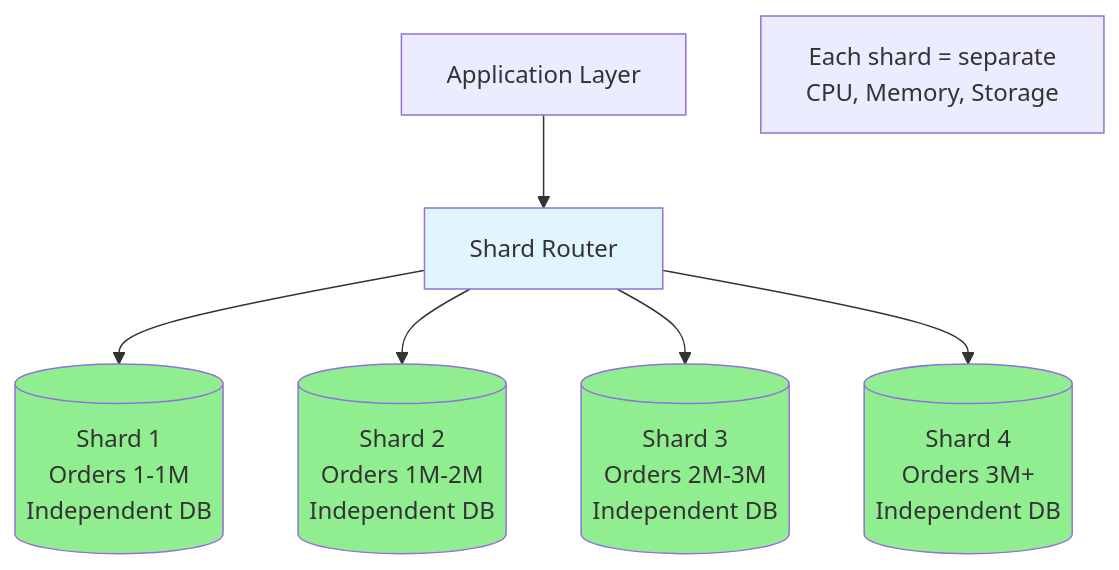
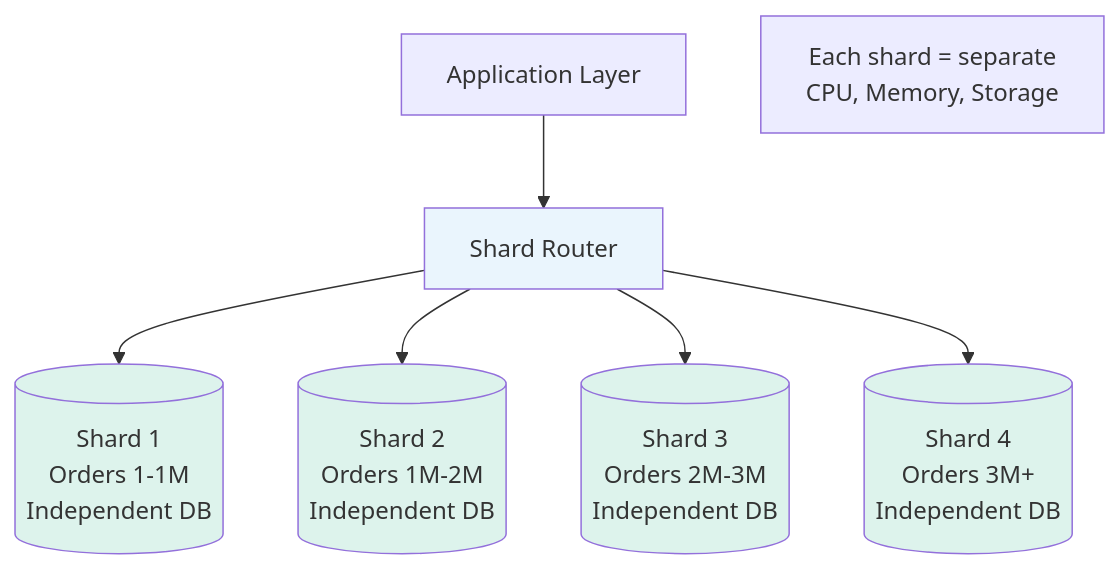
Before and after one commit to cartmancodes/InterviewVault: the sixth of 46 diagrams in LLD/CoreConcepts/Sharding.md, drawn with Mermaid. The commit also changed other lines of this file and 679 other files, not shown here.

Commit message:
Unify content diagrams and add accessible visual walkthroughs

````diff
--- a/LLD/CoreConcepts/Sharding.md
+++ b/LLD/CoreConcepts/Sharding.md
@@ -158,20 +158,20 @@
 ```mermaid
 graph TB
     APP[Application Layer]
     ROUTER[Shard Router]
     
     APP --> ROUTER
     
     ROUTER --> S1[(Shard 1<br/>Orders 1-1M<br/>Independent DB)]
     ROUTER --> S2[(Shard 2<br/>Orders 1M-2M<br/>Independent DB)]
     ROUTER --> S3[(Shard 3<br/>Orders 2M-3M<br/>Independent DB)]
     ROUTER --> S4[(Shard 4<br/>Orders 3M+<br/>Independent DB)]
     
     NOTE[Each shard = separate<br/>CPU, Memory, Storage]
     
-    style ROUTER fill:#e1f5ff
-    style S1 fill:#90EE90
-    style S2 fill:#90EE90
-    style S3 fill:#90EE90
-    style S4 fill:#90EE90
+    style ROUTER fill:#EAF5FD
+    style S1 fill:#DDF3EC
+    style S2 fill:#DDF3EC
+    style S3 fill:#DDF3EC
+    style S4 fill:#DDF3EC
 ```
````
